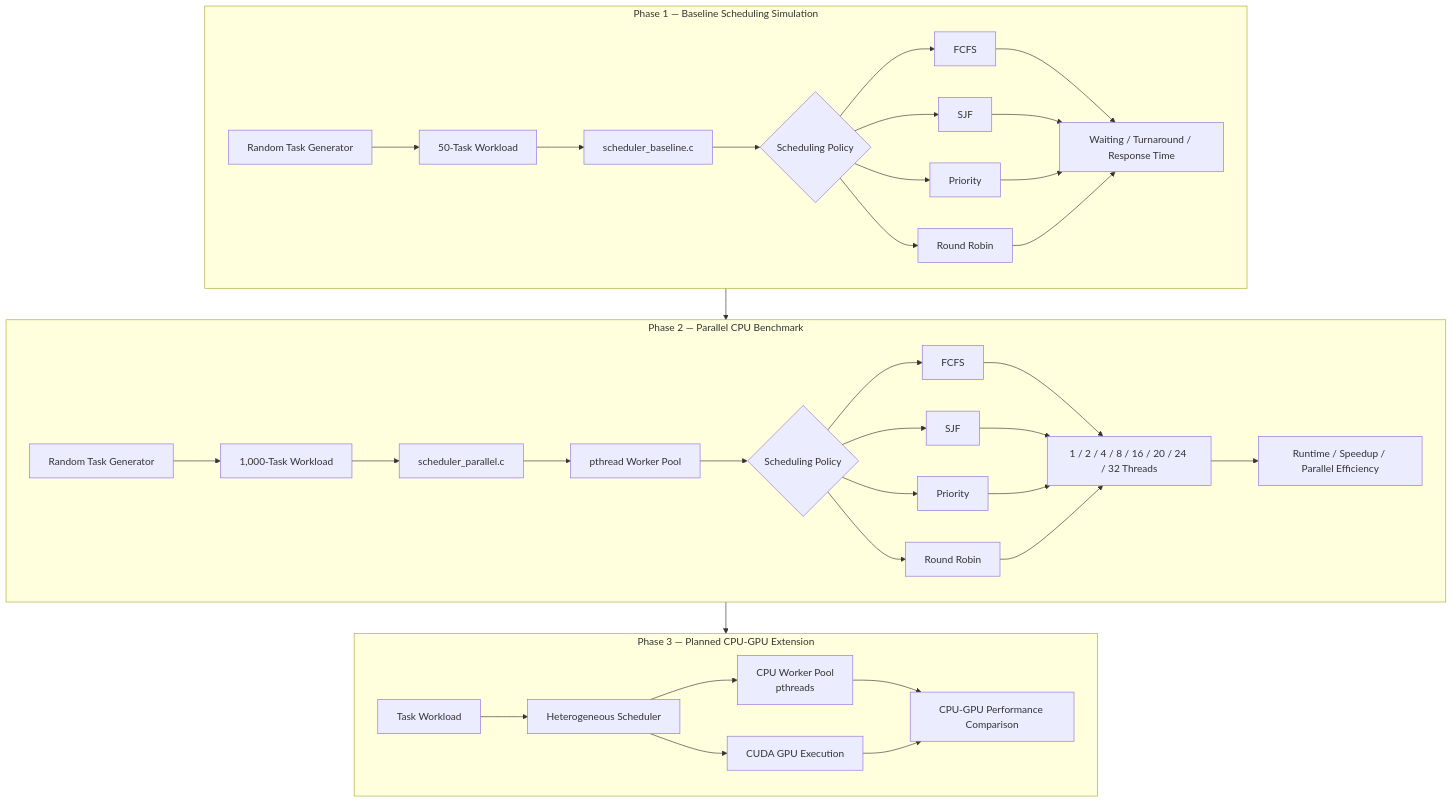
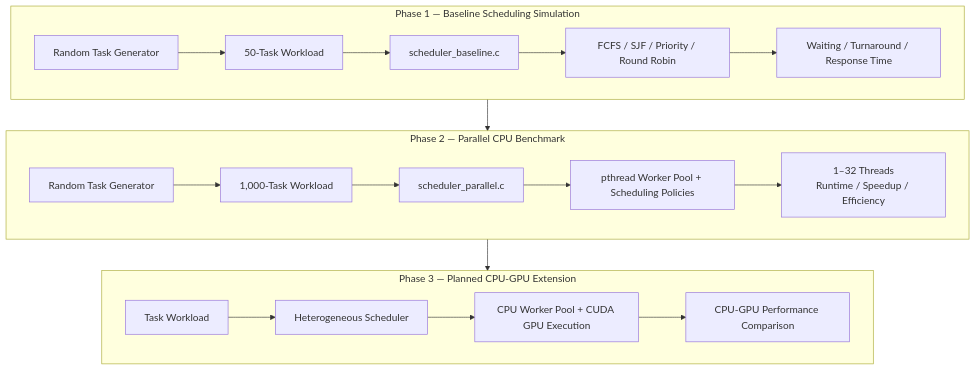
The diagram in README.md (HoiChunWat/CPU-GPU-Scheduling-Simulator), drawn with Mermaid before and after one commit.

````diff
--- a/README.md
+++ b/README.md
@@ -31,92 +31,26 @@
 
     subgraph P1["Phase 1 — Baseline Scheduling Simulation"]
         direction LR
-
-        A1["Random Task Generator"]
-        A2["50-Task Workload"]
-        A3["scheduler_baseline.c"]
-        A4{"Scheduling Policy"}
-
-        A5["FCFS"]
-        A6["SJF"]
-        A7["Priority"]
-        A8["Round Robin"]
-
-        A9["Waiting / Turnaround / Response Time"]
-
-        A1 --> A2
-        A2 --> A3
-        A3 --> A4
-
-        A4 --> A5
-        A4 --> A6
-        A4 --> A7
-        A4 --> A8
-
-        A5 --> A9
-        A6 --> A9
-        A7 --> A9
-        A8 --> A9
+        A1["Random Task Generator"] --> A2["50-Task Workload"]
+        A2 --> A3["scheduler_baseline.c"]
+        A3 --> A4["FCFS / SJF / Priority / Round Robin"]
+        A4 --> A5["Waiting / Turnaround / Response Time"]
     end
-
 
     subgraph P2["Phase 2 — Parallel CPU Benchmark"]
         direction LR
-
-        B1["Random Task Generator"]
-        B2["1,000-Task Workload"]
-        B3["scheduler_parallel.c"]
-        B4["pthread Worker Pool"]
-        B5{"Scheduling Policy"}
-
-        B6["FCFS"]
-        B7["SJF"]
-        B8["Priority"]
-        B9["Round Robin"]
-
-        B10["1 / 2 / 4 / 8 / 16 / 20 / 24 / 32 Threads"]
-        B11["Runtime / Speedup / Parallel Efficiency"]
-
-        B1 --> B2
-        B2 --> B3
-        B3 --> B4
-        B4 --> B5
-
-        B5 --> B6
-        B5 --> B7
-        B5 --> B8
-        B5 --> B9
-
-        B6 --> B10
-        B7 --> B10
-        B8 --> B10
-        B9 --> B10
-
-        B10 --> B11
+        B1["Random Task Generator"] --> B2["1,000-Task Workload"]
+        B2 --> B3["scheduler_parallel.c"]
+        B3 --> B4["pthread Worker Pool + Scheduling Policies"]
+        B4 --> B5["1–32 Threads<br/>Runtime / Speedup / Efficiency"]
     end
-
 
     subgraph P3["Phase 3 — Planned CPU-GPU Extension"]
         direction LR
-
-        C1["Task Workload"]
-        C2["Heterogeneous Scheduler"]
-
-        C3["CPU Worker Pool<br/>pthreads"]
-        C4["CUDA GPU Execution"]
-
-        C5["CPU-GPU Performance Comparison"]
-
-        C1 --> C2
-
-        C2 --> C3
-        C2 --> C4
-
-        C3 --> C5
-        C4 --> C5
+        C1["Task Workload"] --> C2["Heterogeneous Scheduler"]
+        C2 --> C3["CPU Worker Pool + CUDA GPU Execution"]
+        C3 --> C4["CPU-GPU Performance Comparison"]
     end
 
-
-    P1 --> P2
-    P2 --> P3
+    P1 --> P2 --> P3
 ```
````
